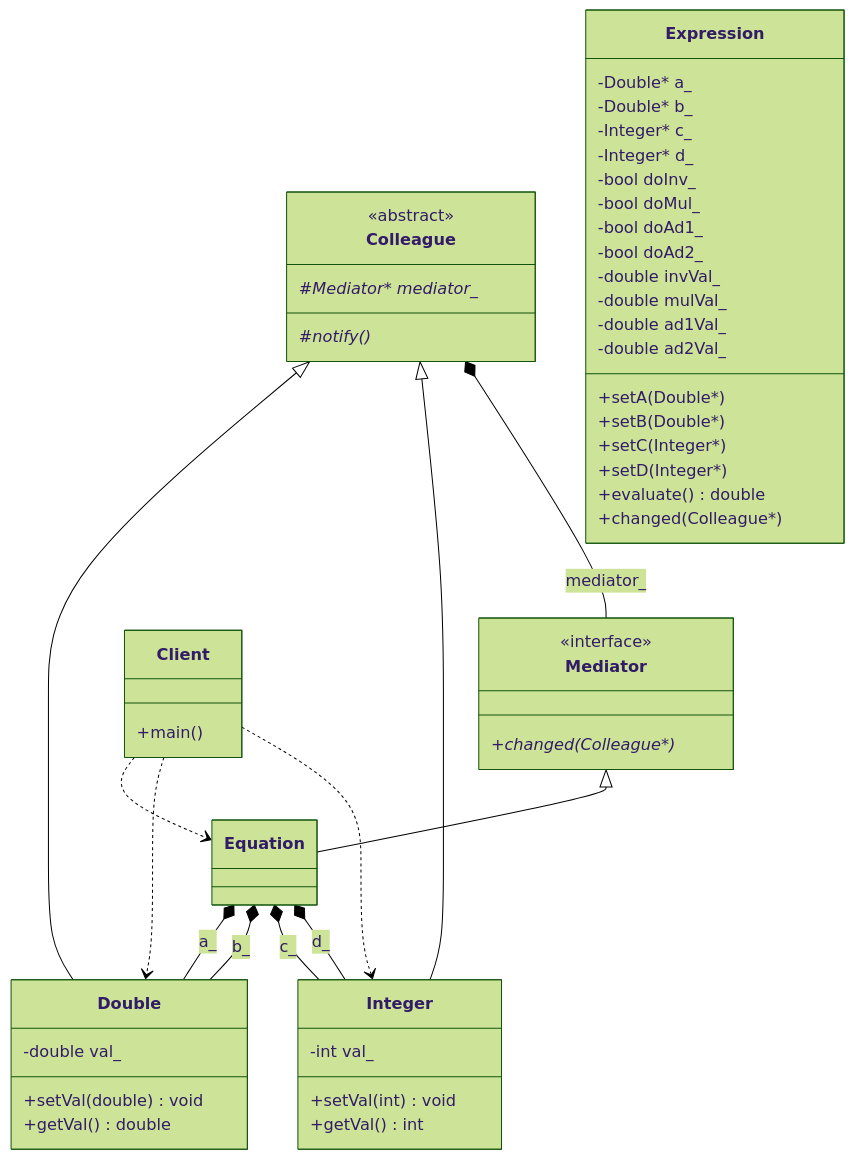
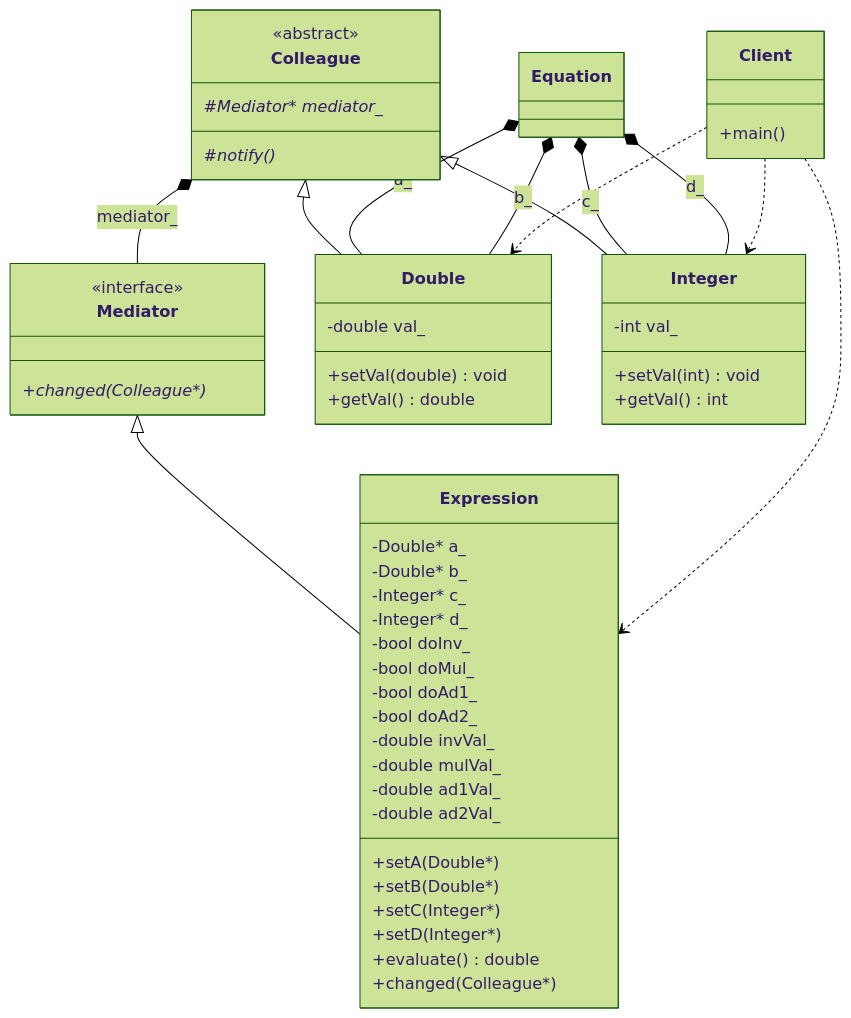
Before and after one commit to Cichlidfishexigency721/Modern-CPP-Design-Patterns: the diagram in 22_Mediator/diagram.md, drawn with Mermaid (forest theme).

Commit message:
Improvement in UML

````diff
--- a/22_Mediator/diagram.md
+++ b/22_Mediator/diagram.md
@@ -3,68 +3,68 @@
 ```mermaid
 classDiagram
    class Mediator {
       <<interface>>
       +changed(Colleague*)*
    }
 
    class Colleague {
       <<abstract>>
       #Mediator* mediator_*
       #notify()*
    }
 
    class Double {
       -double val_
       +setVal(double) void
       +getVal() double
    }
 
    class Integer {
       -int val_
       +setVal(int) void
       +getVal() int
    }
 
    class Expression {
       -Double* a_
       -Double* b_
       -Integer* c_
       -Integer* d_
       -bool doInv_
       -bool doMul_
       -bool doAd1_
       -bool doAd2_
       -double invVal_
       -double mulVal_
       -double ad1Val_
       -double ad2Val_
       +setA(Double*)
       +setB(Double*)
       +setC(Integer*)
       +setD(Integer*)
       +evaluate() double
       +changed(Colleague*)
    }
 
    class Client {
       +main()
    }
 
    %% Inheritance (Is_a) - No numbers
-   Mediator <|-- Equation
+   Mediator <|-- Expression
    Colleague <|-- Double
    Colleague <|-- Integer
 
    %% Bidirectional Relationship
    %% Composition (Has_a) - Multiplicity only at the end
    Colleague *-- Mediator : mediator_
    Equation *-- Double : a_
    Equation *-- Double : b_
    Equation *-- Integer : c_
    Equation *-- Integer : d_
 
    %% Dependency - No numbers
-   Client ..> Equation
+   Client ..> Expression
    Client ..> Double
    Client ..> Integer
 ```
````
